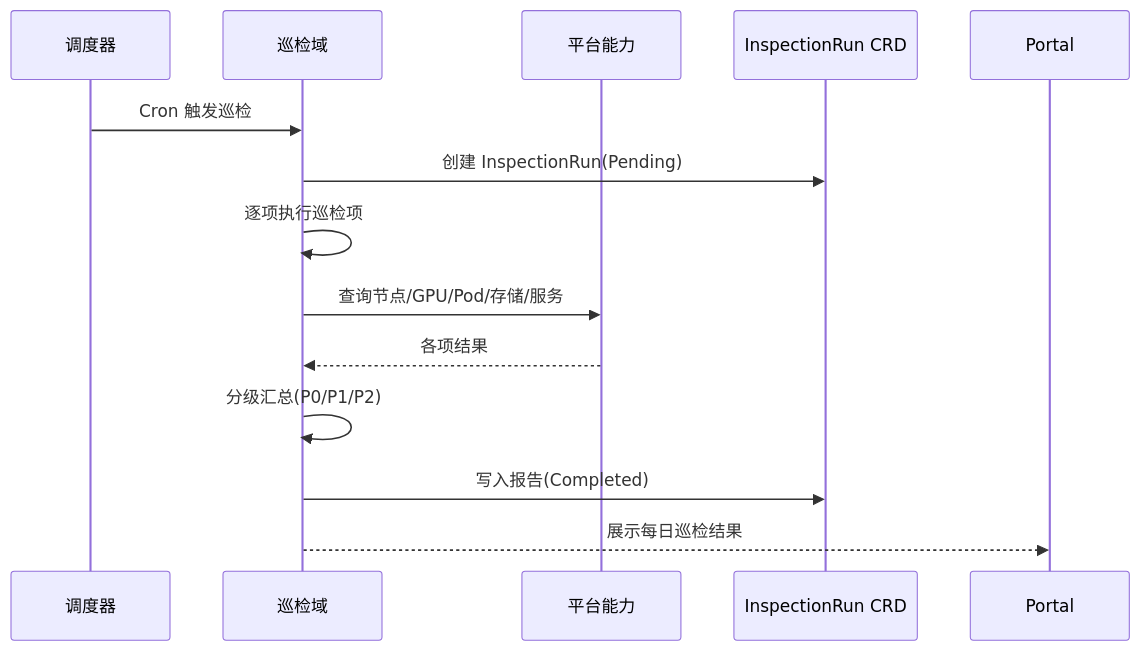
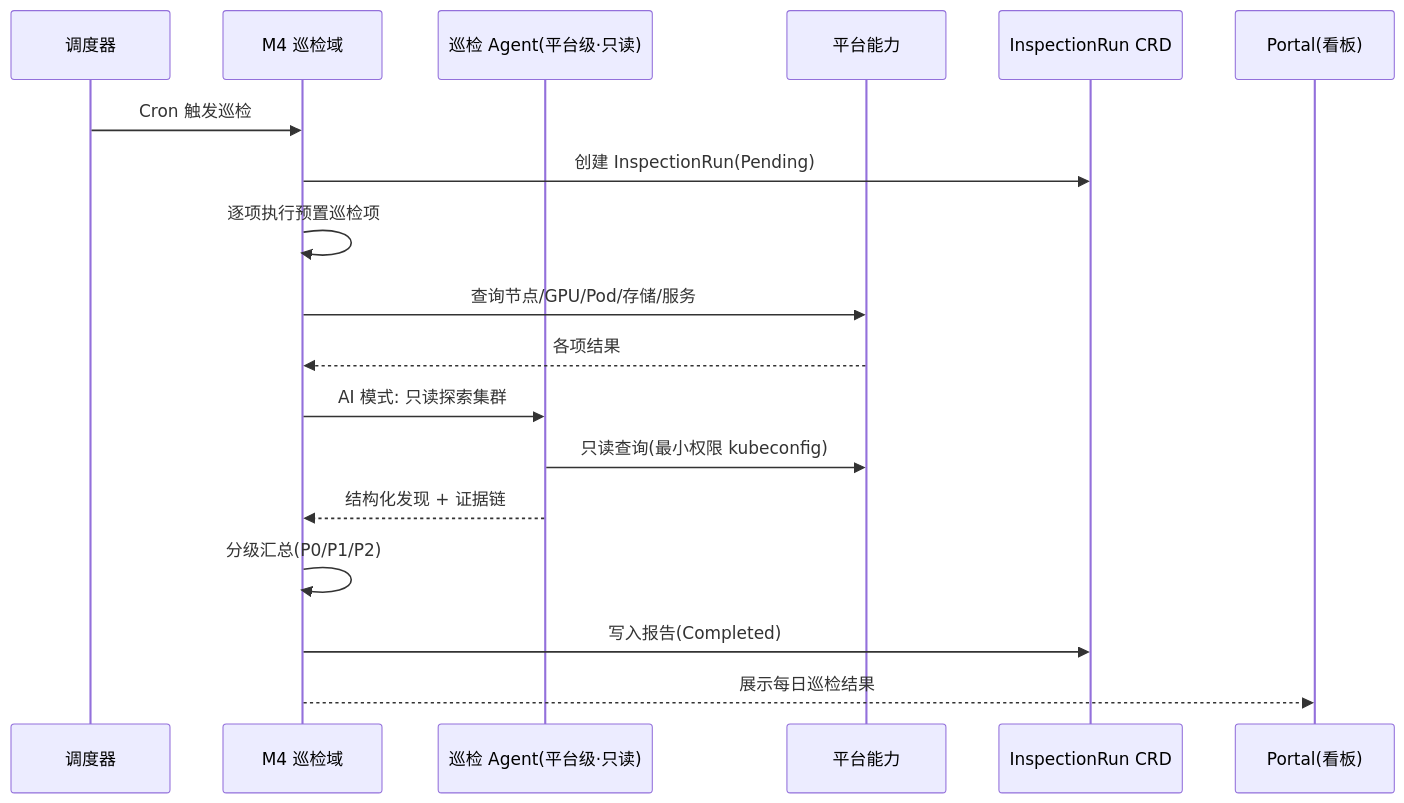
One commit to suanova/cubepilot changed the fourth of 4 diagrams in docs/CubeStack-平台智能助手-CubePilot-模块设计文档.md. Above: the diagram before and after it, drawn with Mermaid. The commit also changed other lines of this file and 3 other files, not shown here.

````diff
--- a/docs/CubeStack-平台智能助手-CubePilot-模块设计文档.md
+++ b/docs/CubeStack-平台智能助手-CubePilot-模块设计文档.md
@@ -400,16 +417,21 @@
 ```mermaid
 sequenceDiagram
     participant S as 调度器
-    participant M4 as 巡检域
+    participant M4 as M4 巡检域
+    participant IA as 巡检 Agent(平台级·只读)
     participant K8s as 平台能力
     participant CRD as InspectionRun CRD
+    participant P as Portal(看板)
 
     S->>M4: Cron 触发巡检
     M4->>CRD: 创建 InspectionRun(Pending)
-    M4->>M4: 逐项执行巡检项
+    M4->>M4: 逐项执行预置巡检项
     M4->>K8s: 查询节点/GPU/Pod/存储/服务
     K8s-->>M4: 各项结果
+    M4->>IA: AI 模式: 只读探索集群
+    IA->>K8s: 只读查询(最小权限 kubeconfig)
+    IA-->>M4: 结构化发现 + 证据链
     M4->>M4: 分级汇总(P0/P1/P2)
     M4->>CRD: 写入报告(Completed)
-    M4-->>Portal: 展示每日巡检结果
+    M4-->>P: 展示每日巡检结果
 ```
````
